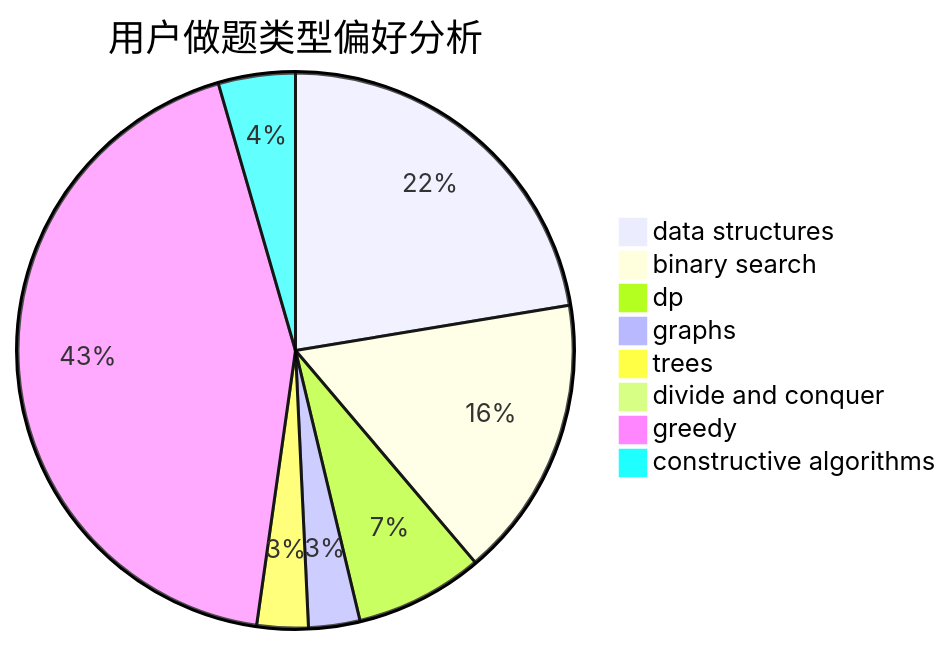
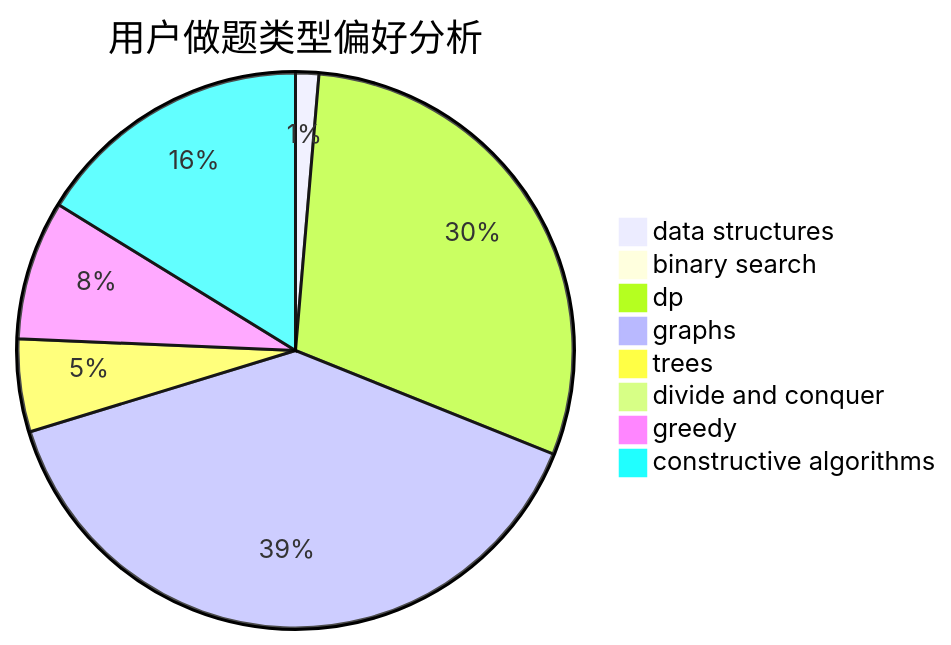
One commit to sherpahu/cfrs.github.io changed the second of 3 diagrams in docs/user/u953.md. Above: the diagram before and after it, drawn with Mermaid. The commit also changed other lines of this file and 2770 other files, not shown here.

````diff
--- a/docs/user/u953.md
+++ b/docs/user/u953.md
@@ -23,11 +23,11 @@
 ```mermaid
 pie title 用户做题类型偏好分析
-    "data structures" :  15
-    "binary search" :  11
-    "dp" :  5
-    "graphs" :  2
-    "trees" :  2
+    "data structures" :  1
+    "binary search" :  0
+    "dp" :  22
+    "graphs" :  29
+    "trees" :  4
     "divide and conquer" :  0
-    "greedy" :  29
-    "constructive algorithms" :  3
+    "greedy" :  6
+    "constructive algorithms" :  12
 ```
````
